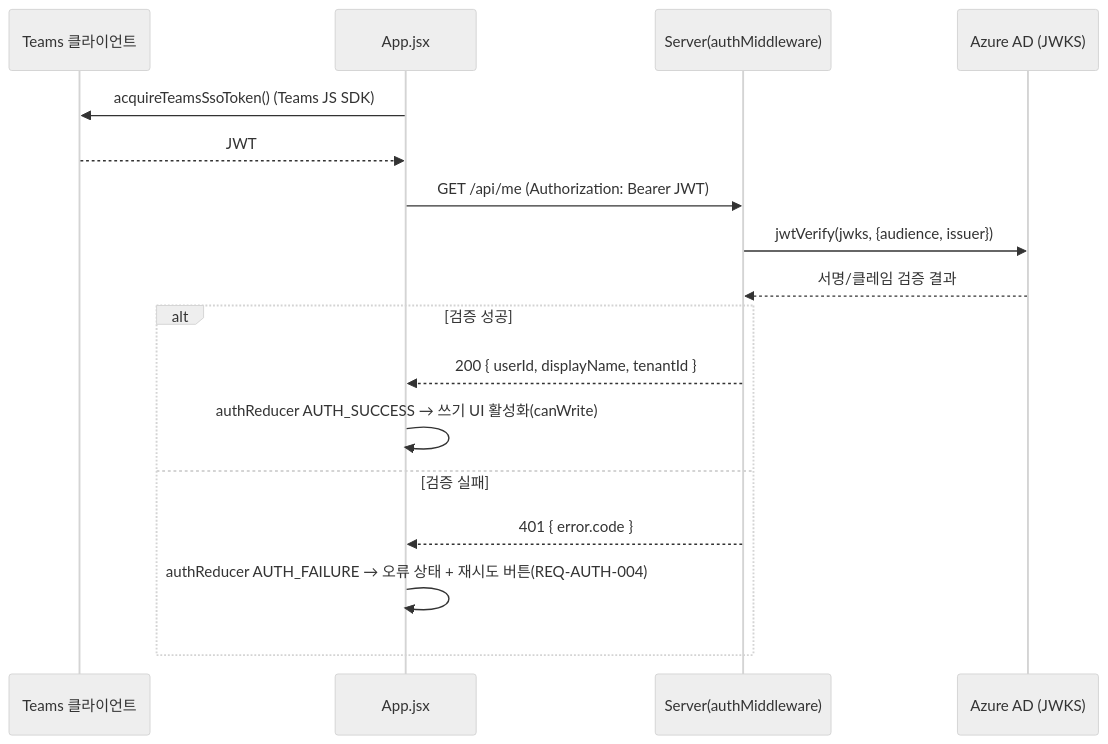
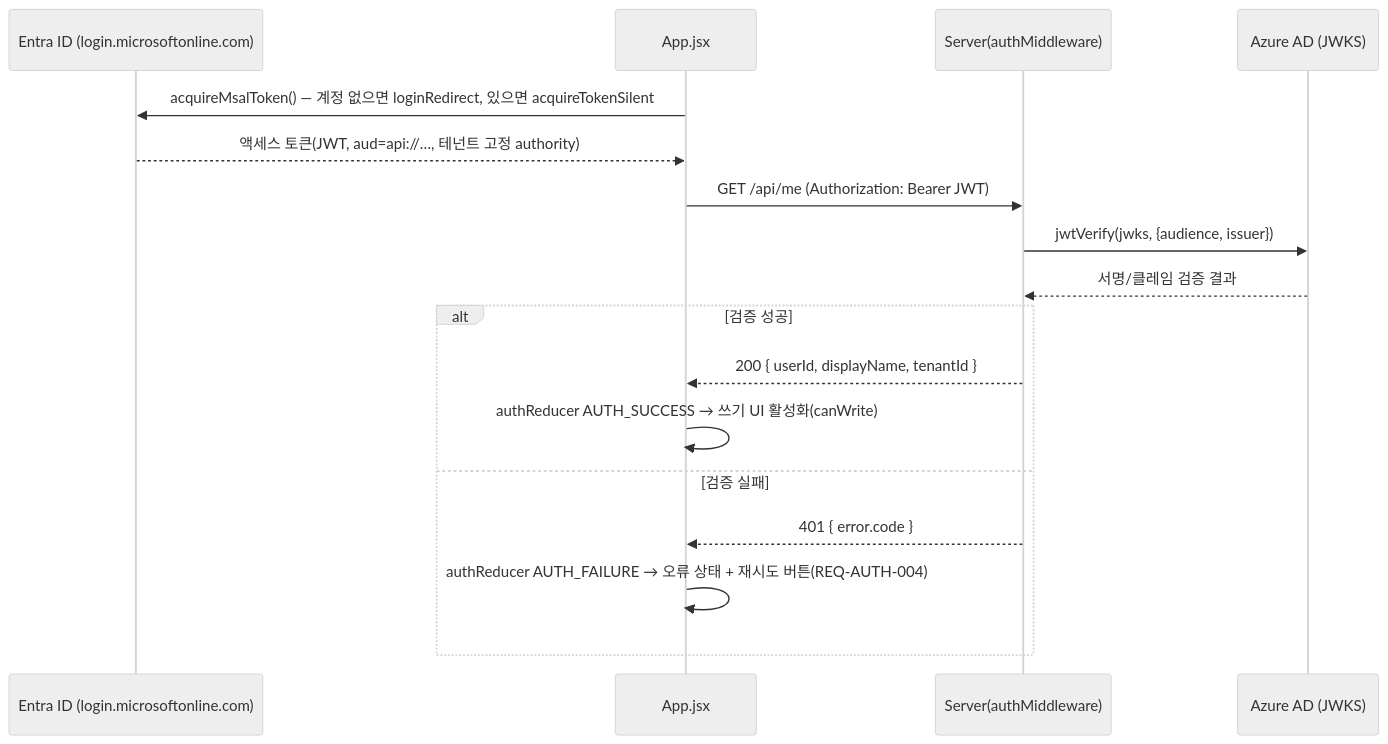
One commit to qkrdpwls1223/fish-tank changed the third of 3 diagrams in docs/architecture.md. Above: the diagram before and after it, drawn with Mermaid (neutral theme). The commit also changed other lines of this file and 12 other files, not shown here.

First line of the commit message:
feat: Teams 탭 앱 중단 — 일반 브라우저 Microsoft SSO(MSAL) 로그인 전환

````diff
--- a/docs/architecture.md
+++ b/docs/architecture.md
@@ -143,20 +143,20 @@
 ```mermaid
 sequenceDiagram
-  participant T as Teams 클라이언트
+  participant T as Entra ID (login.microsoftonline.com)
   participant C as App.jsx
   participant S as Server(authMiddleware)
   participant AAD as Azure AD (JWKS)
 
-  C->>T: acquireTeamsSsoToken() (Teams JS SDK)
-  T-->>C: JWT
+  C->>T: acquireMsalToken() — 계정 없으면 loginRedirect, 있으면 acquireTokenSilent
+  T-->>C: 액세스 토큰(JWT, aud=api://…, 테넌트 고정 authority)
   C->>S: GET /api/me (Authorization: Bearer JWT)
   S->>AAD: jwtVerify(jwks, {audience, issuer})
   AAD-->>S: 서명/클레임 검증 결과
   alt 검증 성공
     S-->>C: 200 { userId, displayName, tenantId }
     C->>C: authReducer AUTH_SUCCESS → 쓰기 UI 활성화(canWrite)
   else 검증 실패
     S-->>C: 401 { error.code }
     C->>C: authReducer AUTH_FAILURE → 오류 상태 + 재시도 버튼(REQ-AUTH-004)
   end
 ```
````
